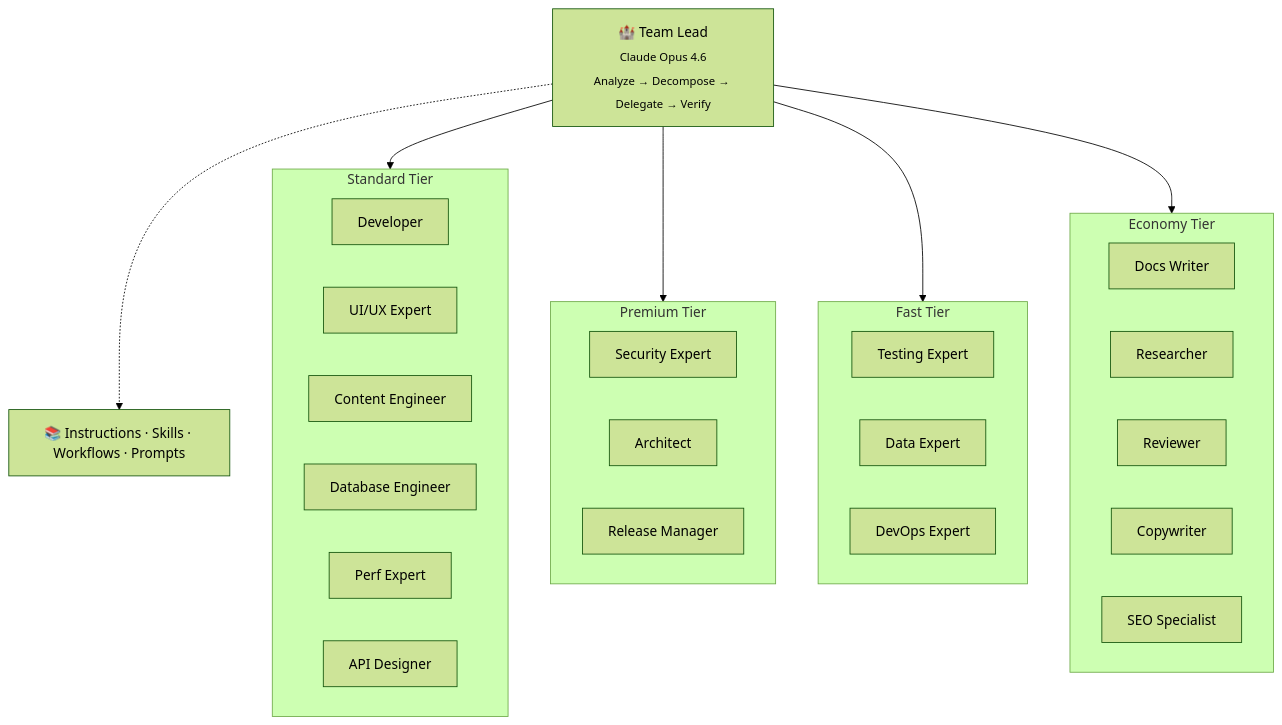
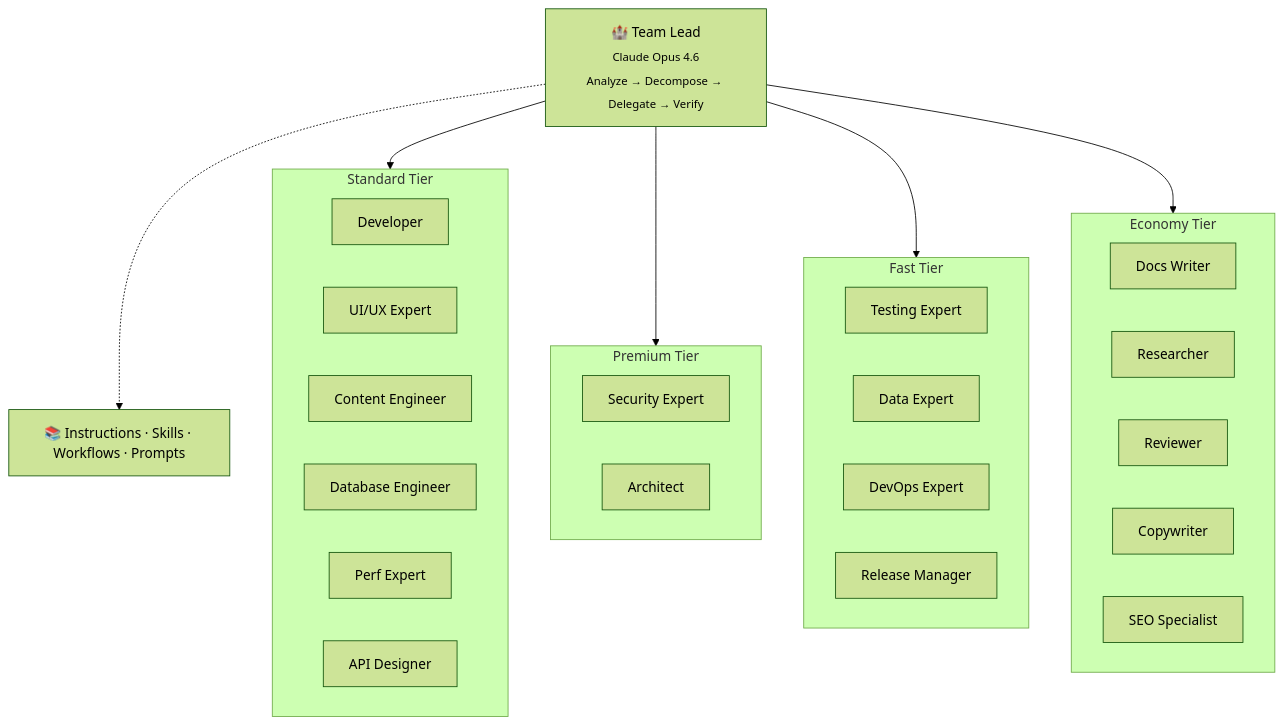
One commit to etylsarin/opencastle changed the diagram in README.md. Above: the diagram before and after it, drawn with Mermaid (forest theme). The commit also changed other lines of this file and 31 other files, not shown here.

````diff
--- a/README.md
+++ b/README.md
@@ -119,41 +119,41 @@
 ```mermaid
 graph TB
     TL["🏰 Team Lead<br/><sub>Claude Opus 4.6</sub><br/><sub>Analyze → Decompose → Delegate → Verify</sub>"]
 
     subgraph Standard["Standard Tier"]
         DEV[Developer]
         UI[UI/UX Expert]
         CE[Content Engineer]
         DB[Database Engineer]
         PERF[Perf Expert]
         API[API Designer]
     end
 
     subgraph Premium["Premium Tier"]
         SEC[Security Expert]
         ARCH[Architect]
-        RM[Release Manager]
     end
 
     subgraph Fast["Fast Tier"]
         TEST[Testing Expert]
         DATA[Data Expert]
         DEVOPS[DevOps Expert]
+        RM[Release Manager]
     end
 
     subgraph Economy["Economy Tier"]
         DOCS[Docs Writer]
         RES[Researcher]
         REV[Reviewer]
         COPY[Copywriter]
         SEO[SEO Specialist]
     end
 
     TL --> Standard
     TL --> Premium
     TL --> Fast
     TL --> Economy
 
     KB["📚 Instructions · Skills · Workflows · Prompts"]
     TL -.-> KB
 ```
````
